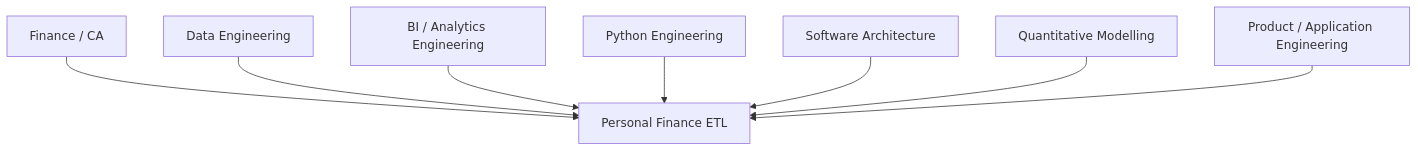
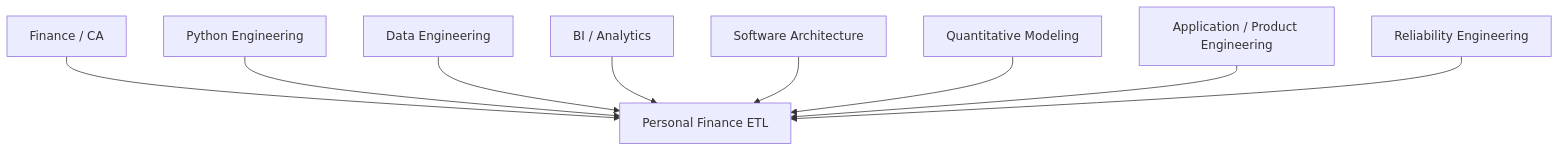
One commit to tks18/personal-finance-etl changed the third of 4 diagrams in docs/about/about-me.md. Above: the diagram before and after it, drawn with Mermaid. The commit also changed other lines of this file, not shown here.

````diff
--- a/docs/about/about-me.md
+++ b/docs/about/about-me.md
@@ -184,10 +228,11 @@
 ```mermaid
 flowchart TB
-    FIN["Finance / CA"] --> PF["Personal Finance ETL"]
+    CA["Finance / CA"] --> PF["Personal Finance ETL"]
+    PY["Python Engineering"] --> PF
     DE["Data Engineering"] --> PF
-    BI["BI / Analytics Engineering"] --> PF
-    PY["Python Engineering"] --> PF
+    BI["BI / Analytics"] --> PF
     ARCH["Software Architecture"] --> PF
-    QUANT["Quantitative Modelling"] --> PF
-    PROD["Product / Application Engineering"] --> PF
+    QUANT["Quantitative Modeling"] --> PF
+    PROD["Application / Product Engineering"] --> PF
+    REL["Reliability Engineering"] --> PF
 ```
````
